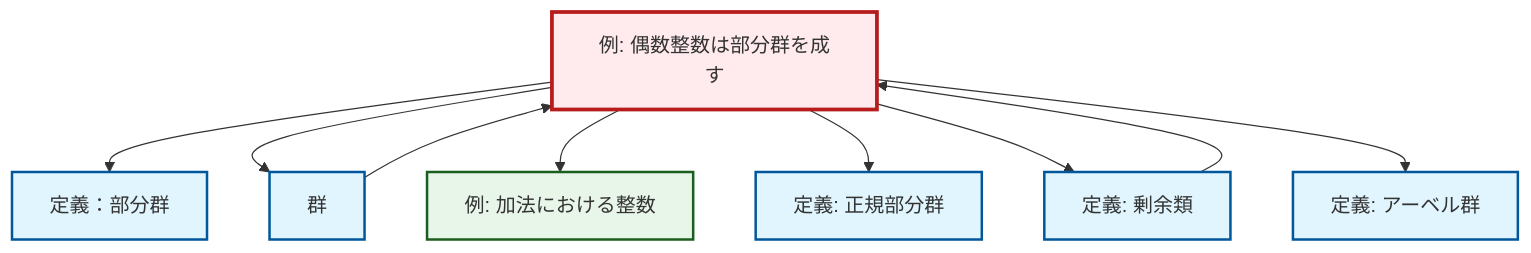
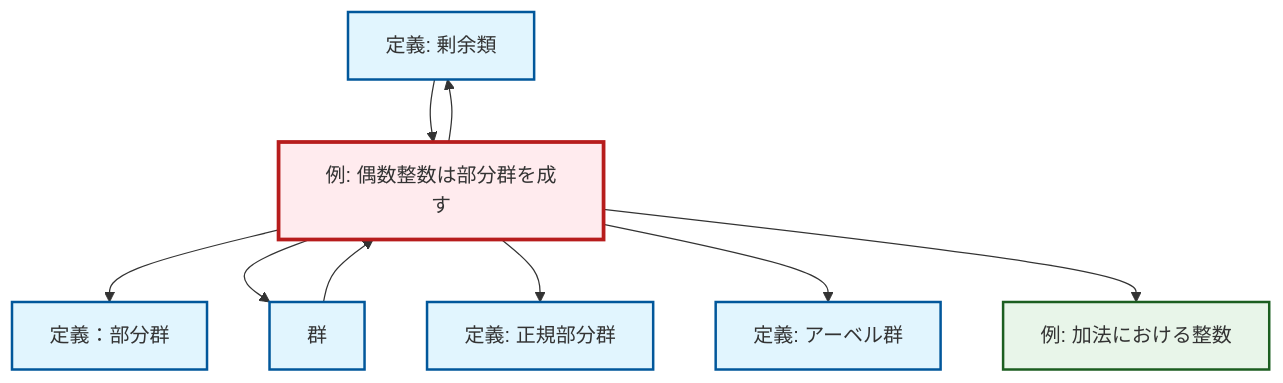
The diagram in content/ja/algebra/ex-even-integers-subgroup.qmd (RK0429/ModernMath), drawn with Mermaid before and after one commit. The commit also changed other lines of this file and 1012 other files, not shown here.

````diff
--- a/content/ja/algebra/ex-even-integers-subgroup.qmd
+++ b/content/ja/algebra/ex-even-integers-subgroup.qmd
@@ -52,31 +52,31 @@
 ```{mermaid}
 %%| fig-cap: "Local dependency graph"
 graph TD
     classDef definition fill:#e1f5fe,stroke:#01579b,stroke-width:2px
     classDef theorem fill:#f3e5f5,stroke:#4a148c,stroke-width:2px
     classDef axiom fill:#fff3e0,stroke:#e65100,stroke-width:2px
     classDef example fill:#e8f5e9,stroke:#1b5e20,stroke-width:2px
     classDef current fill:#ffebee,stroke:#b71c1c,stroke-width:3px
+    def-subgroup["定義：部分群"]:::definition
+    def-abelian-group["定義: アーベル群"]:::definition
     def-normal-subgroup["定義: 正規部分群"]:::definition
-    ex-even-integers-subgroup["例: 偶数整数は部分群を成す"]:::example
-    def-subgroup["定義：部分群"]:::definition
     ex-integers-addition["例: 加法における整数"]:::example
-    def-abelian-group["定義: アーベル群"]:::definition
     def-coset["定義: 剰余類"]:::definition
     def-group["群"]:::definition
+    ex-even-integers-subgroup["例: 偶数整数は部分群を成す"]:::example
+    def-coset --> ex-even-integers-subgroup
+    ex-even-integers-subgroup --> def-subgroup
     def-group --> ex-even-integers-subgroup
-    ex-even-integers-subgroup --> def-subgroup
     ex-even-integers-subgroup --> def-group
-    ex-even-integers-subgroup --> ex-integers-addition
     ex-even-integers-subgroup --> def-normal-subgroup
     ex-even-integers-subgroup --> def-coset
     ex-even-integers-subgroup --> def-abelian-group
-    def-coset --> ex-even-integers-subgroup
+    ex-even-integers-subgroup --> ex-integers-addition
     class ex-even-integers-subgroup current
+    click def-subgroup "def-subgroup.html" "定義：部分群へ"
+    click def-abelian-group "def-abelian-group.html" "アーベル群の定義へ"
     click def-normal-subgroup "def-normal-subgroup.html" "正規部分群の定義へ"
-    click def-subgroup "def-subgroup.html" "定義：部分群へ"
     click ex-integers-addition "ex-integers-addition.html" "加法における整数の例へ"
-    click def-abelian-group "def-abelian-group.html" "アーベル群の定義へ"
     click def-coset "def-coset.html" "剰余類の定義へ"
     click def-group "def-group.html" "群へ"
 ```
````
